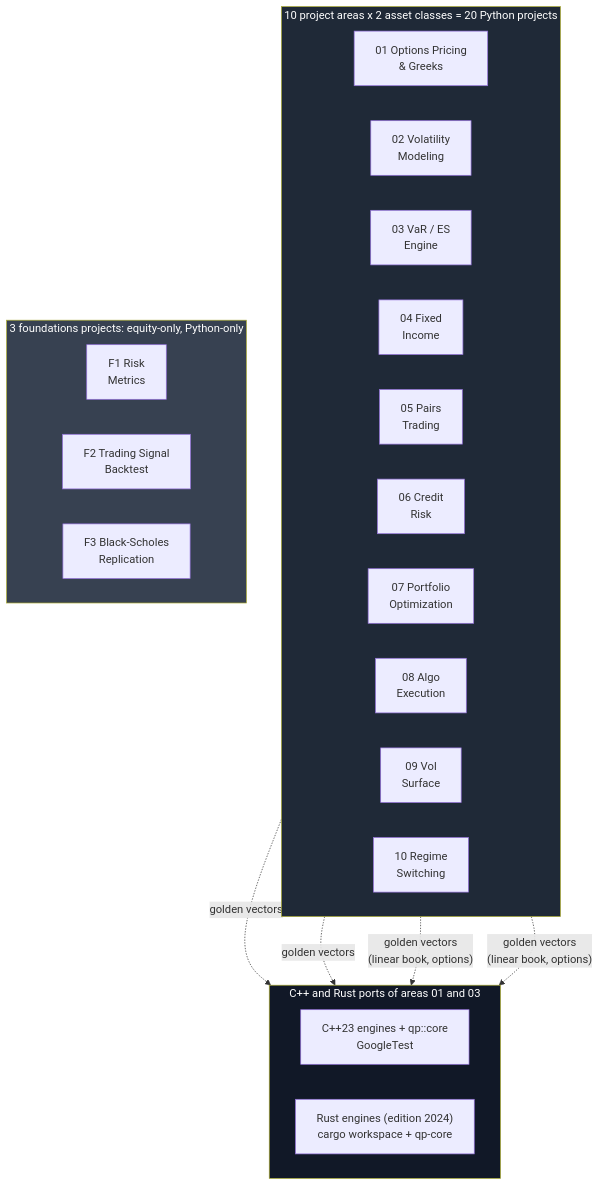
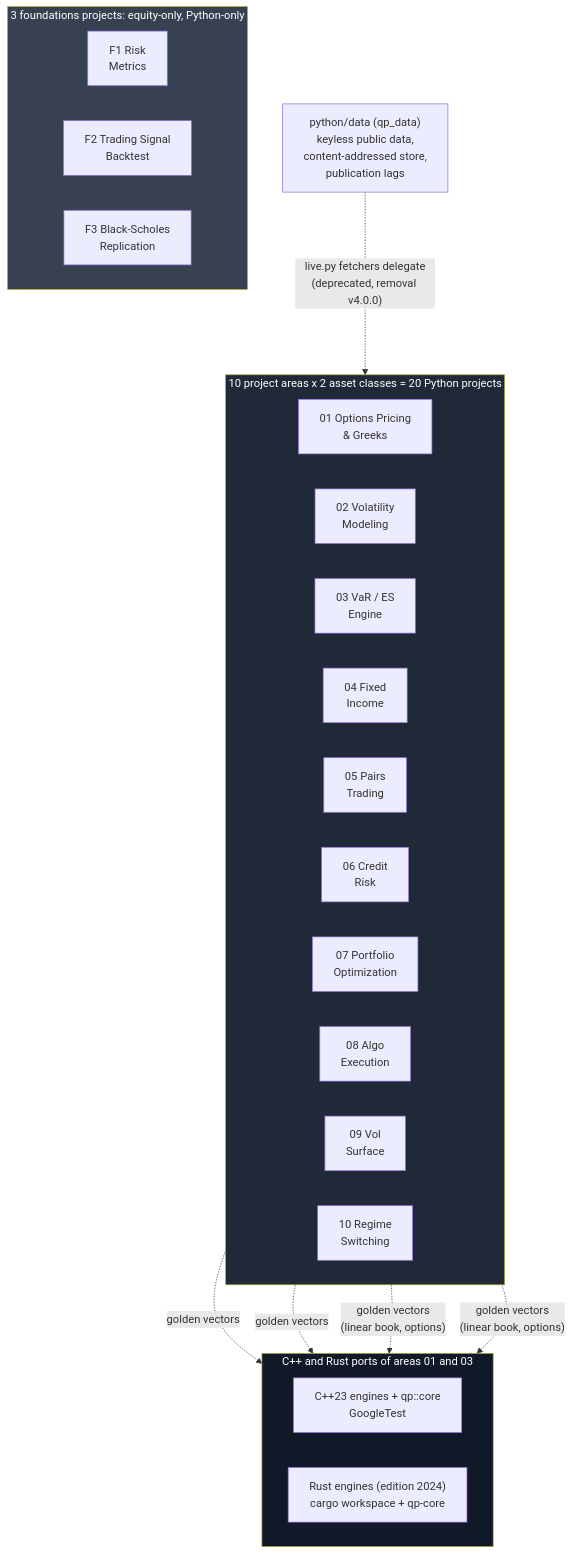
One commit to AshJha0/quant-portfolio changed the first of 11 diagrams in docs/DIAGRAMS.md. Above: the diagram before and after it, drawn with Mermaid. The commit also changed other lines of this file and 13 other files, not shown here.

````diff
--- a/docs/DIAGRAMS.md
+++ b/docs/DIAGRAMS.md
@@ -11,36 +11,39 @@
 ```mermaid
 flowchart TB
     subgraph AREAS["10 project areas x 2 asset classes = 20 Python projects"]
         direction LR
         A1["01 Options Pricing<br/>& Greeks"]
         A2["02 Volatility<br/>Modeling"]
         A3["03 VaR / ES<br/>Engine"]
         A4["04 Fixed<br/>Income"]
         A5["05 Pairs<br/>Trading"]
         A6["06 Credit<br/>Risk"]
         A7["07 Portfolio<br/>Optimization"]
         A8["08 Algo<br/>Execution"]
         A9["09 Vol<br/>Surface"]
         A10["10 Regime<br/>Switching"]
     end
 
     subgraph FOUND["3 foundations projects: equity-only, Python-only"]
         direction LR
         F1["F1 Risk<br/>Metrics"]
         F2["F2 Trading Signal<br/>Backtest"]
         F3["F3 Black-Scholes<br/>Replication"]
     end
 
     subgraph PORTS["C++ and Rust ports of areas 01 and 03"]
         direction LR
         CPP["C++23 engines + qp::core<br/>GoogleTest"]
         RUST["Rust engines (edition 2024)<br/>cargo workspace + qp-core"]
     end
 
+    DATA["python/data (qp_data)<br/>keyless public data,<br/>content-addressed store,<br/>publication lags"]
+    DATA -.->|"live.py fetchers delegate<br/>(deprecated, removal v4.0.0)"| AREAS
+
     A1 -.->|golden vectors| CPP & RUST
     A3 -.->|"golden vectors<br/>(linear book, options)"| CPP & RUST
 
     style AREAS fill:#1f2937,color:#fff
     style FOUND fill:#374151,color:#fff
     style PORTS fill:#111827,color:#fff
 ```
````
